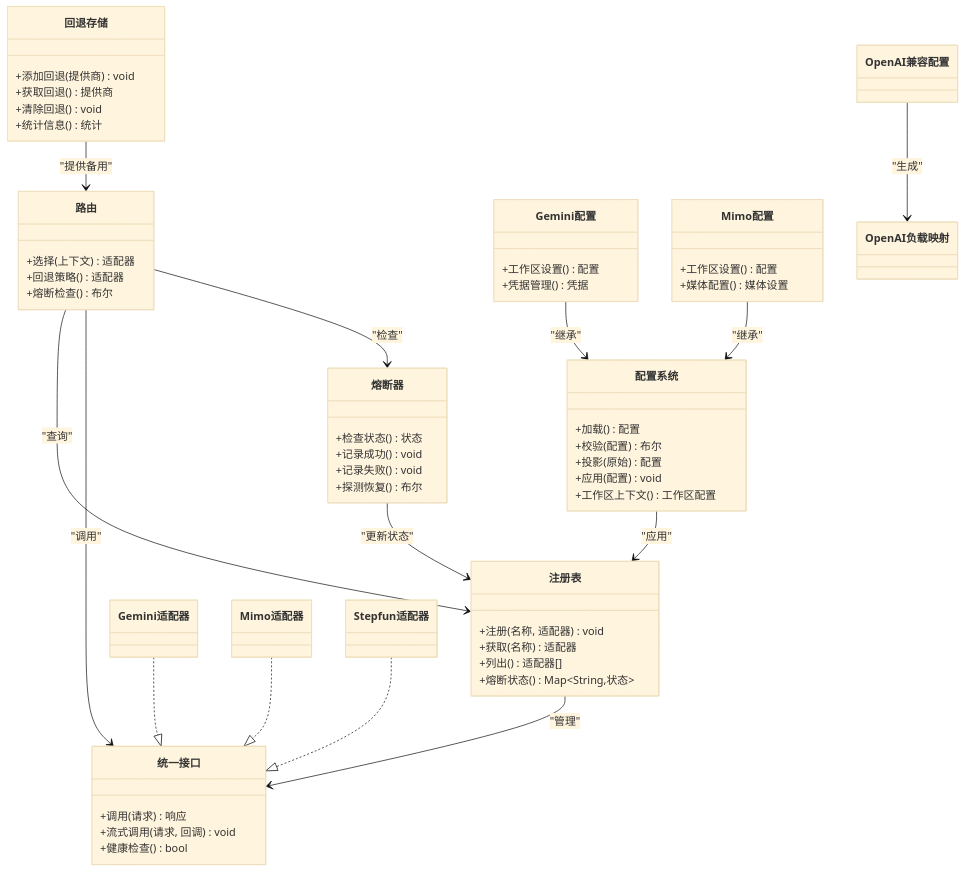
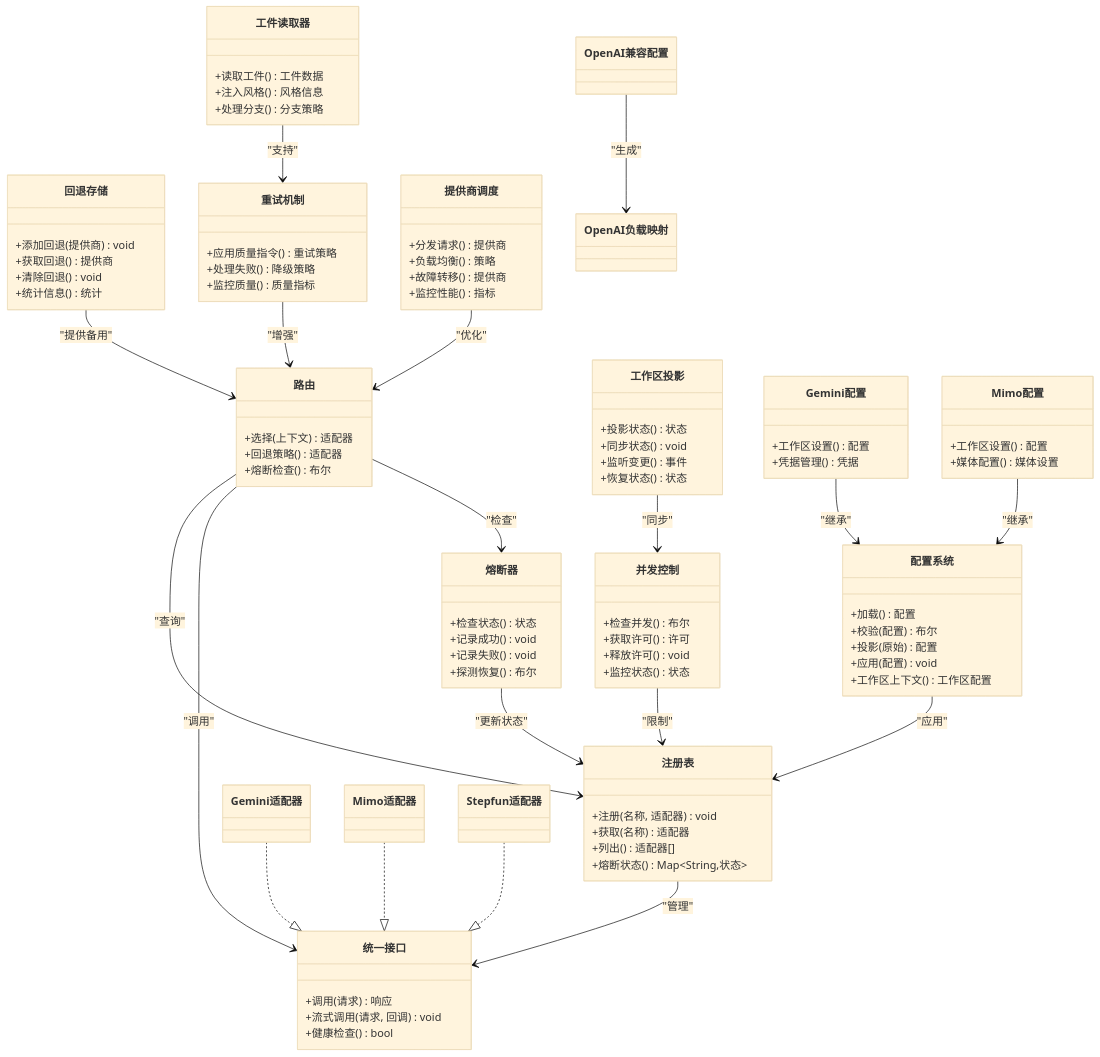
Before and after one commit to scottcwy/PurpleInk: the seventh of 7 diagrams in .qoder/repowiki/zh/content/AI系统集成/AI系统集成.md, drawn with Mermaid (base theme). The commit also changed other lines of this file and 23 other files, not shown here.

```diff
--- a/.qoder/repowiki/zh/content/AI系统集成/AI系统集成.md
+++ b/.qoder/repowiki/zh/content/AI系统集成/AI系统集成.md
@@ -411,6 +725,34 @@
 +应用(配置) void
 +工作区上下文() 工作区配置
 }
+class 重试机制 {
++应用质量指令() 重试策略
++处理失败() 降级策略
++监控质量() 质量指标
+}
+class 工件读取器 {
++读取工件() 工件数据
++注入风格() 风格信息
++处理分支() 分支策略
+}
+class 并发控制 {
++检查并发() 布尔
++获取许可() 许可
++释放许可() void
++监控状态() 状态
+}
+class 提供商调度 {
++分发请求() 提供商
++负载均衡() 策略
++故障转移() 提供商
++监控性能() 指标
+}
+class 工作区投影 {
++投影状态() 状态
++同步状态() void
++监听变更() 事件
++恢复状态() 状态
+}
 class Gemini配置 {
 +工作区设置() 配置
 +凭据管理() 凭据
@@ -431,6 +773,11 @@
 熔断器 --> 注册表 : "更新状态"
 回退存储 --> 路由 : "提供备用"
 配置系统 --> 注册表 : "应用"
+重试机制 --> 路由 : "增强"
+工件读取器 --> 重试机制 : "支持"
+并发控制 --> 注册表 : "限制"
+提供商调度 --> 路由 : "优化"
+工作区投影 --> 并发控制 : "同步"
 Gemini配置 --> 配置系统 : "继承"
 Mimo配置 --> 配置系统 : "继承"
 OpenAI兼容配置 --> OpenAI负载映射 : "生成"
```
